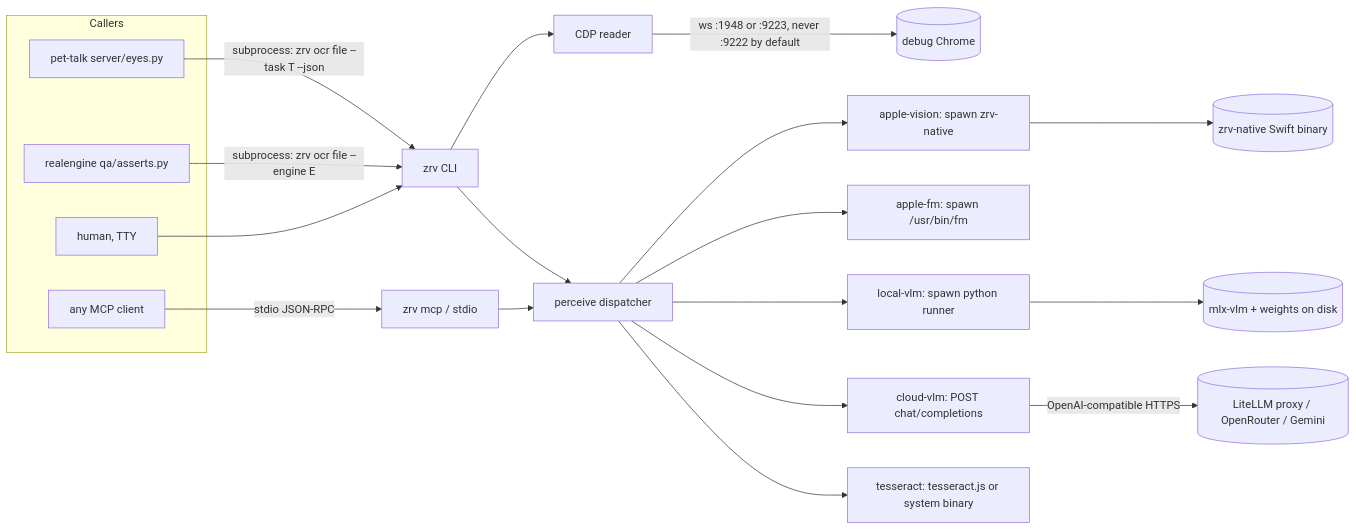
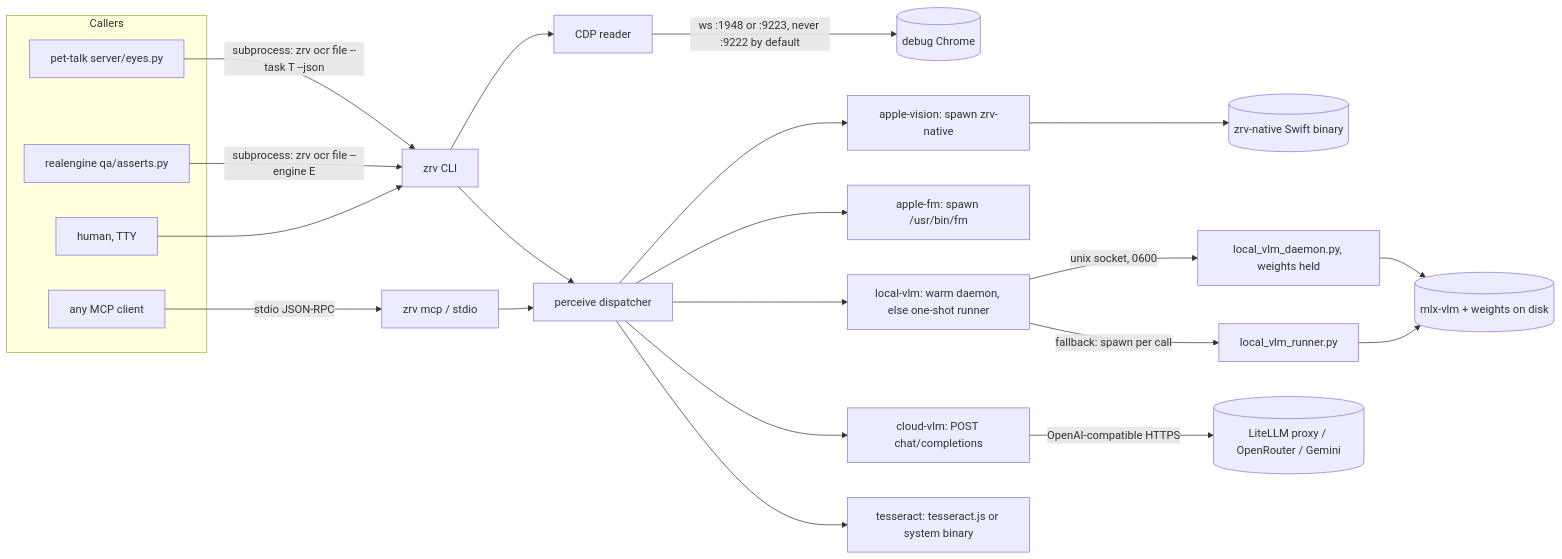
Before and after one commit to unfoundbox-crew/zero-vision: the diagram in docs/ARCHITECTURE.md, drawn with Mermaid. The commit also changed other lines of this file and 16 other files, not shown here.

First line of the commit message:
feat: warm local-vlm daemon; describe 6.7 s p50 warm vs 12.6 s cold

````diff
--- a/docs/ARCHITECTURE.md
+++ b/docs/ARCHITECTURE.md
@@ -22,27 +22,30 @@
 ```mermaid
 flowchart LR
     subgraph Callers
         PT[pet-talk server/eyes.py]
         RE[realengine qa/asserts.py]
         AG[any MCP client]
         HU[human, TTY]
     end
     CLI[zrv CLI]
     MCP[zrv mcp / stdio]
     PT -->|subprocess: zrv ocr file --task T --json| CLI
     RE -->|subprocess: zrv ocr file --engine E| CLI
     HU --> CLI
     AG -->|stdio JSON-RPC| MCP
     CLI --> PERCEIVE[perceive dispatcher]
     MCP --> PERCEIVE
     CLI --> CDP[CDP reader]
     CDP -->|ws :1948 or :9223, never :9222 by default| CHROME[(debug Chrome)]
     PERCEIVE --> AV[apple-vision: spawn zrv-native]
     PERCEIVE --> FM[apple-fm: spawn /usr/bin/fm]
-    PERCEIVE --> LV[local-vlm: spawn python runner]
+    PERCEIVE --> LV[local-vlm: warm daemon, else one-shot runner]
     PERCEIVE --> CV[cloud-vlm: POST chat/completions]
     PERCEIVE --> TS[tesseract: tesseract.js or system binary]
     AV --> NATIVE[(zrv-native Swift binary)]
-    LV --> MLX[(mlx-vlm + weights on disk)]
+    LV -->|unix socket, 0600| DAEMON[local_vlm_daemon.py, weights held]
+    LV -->|fallback: spawn per call| ONESHOT[local_vlm_runner.py]
+    DAEMON --> MLX[(mlx-vlm + weights on disk)]
+    ONESHOT --> MLX
     CV -->|OpenAI-compatible HTTPS| PROXY[(LiteLLM proxy / OpenRouter / Gemini)]
 ```
````
